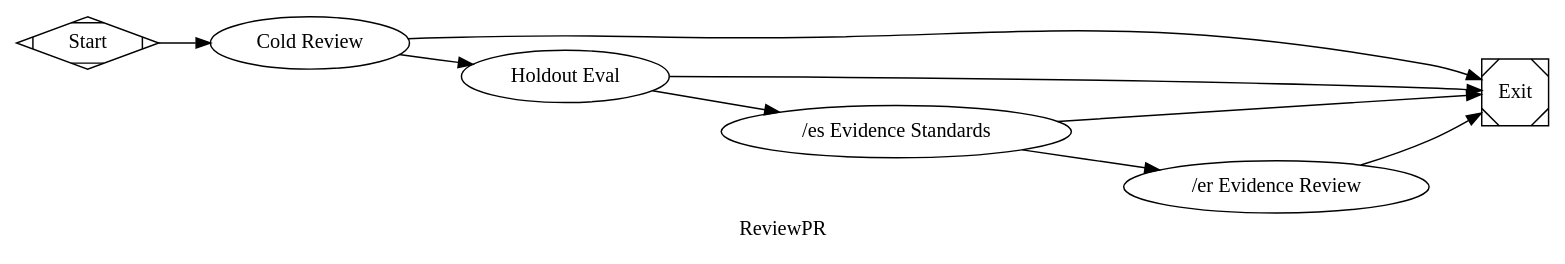
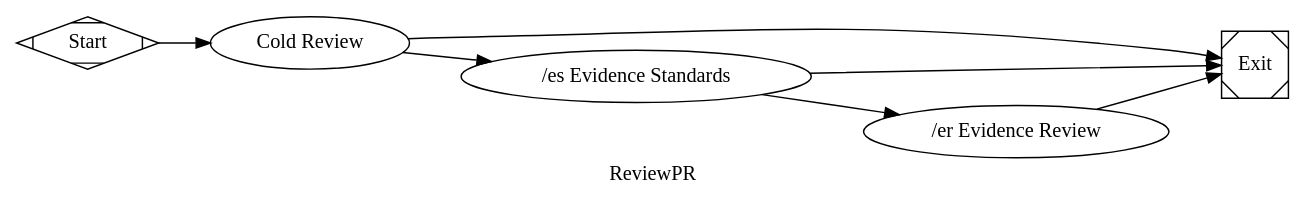
The diagram in pipelines/slim/review_pr.dot (jleechanorg/dark-factory), drawn with Graphviz before and after one commit.

Commit message:
fix(review_pr): remove holdout node — holdouts test feature scenarios not PR diffs

```diff
--- a/pipelines/slim/review_pr.dot
+++ b/pipelines/slim/review_pr.dot
@@ -1,33 +1,29 @@
 digraph ReviewPR {
     graph [
-        goal="PR review: cold review + holdout + evidence gates."
+        goal="PR review: cold review + evidence gates (no holdout — holdouts test feature scenarios not PR diffs)."
         label="ReviewPR"
         rankdir=LR
     ]
 
     start  [shape=Mdiamond, label="Start"]
     exit   [shape=Msquare,  label="Exit"]
 
     review  [
         type="codergen",
         label="Cold Review",
         class="review",
         prompt="@prompts/slim/review.md",
         goal_gate=true
     ]
-    holdout [type="holdout_eval", label="Holdout Eval", feature="hello"]
-    gate_es [type="gate_es",      label="/es Evidence Standards"]
-    gate_er [type="gate_er",      label="/er Evidence Review"]
+    gate_es [type="gate_es",  label="/es Evidence Standards"]
+    gate_er [type="gate_er",  label="/er Evidence Review"]
 
-    start  -> review
-    review -> holdout  [condition="outcome=success"]
-    review -> exit     [condition="outcome!=success"]
+    start   -> review
+    review  -> gate_es  [condition="outcome=success"]
+    review  -> exit     [condition="outcome!=success"]
 
-    holdout -> gate_es [condition="outcome=success"]
-    holdout -> exit    [condition="outcome!=success"]
-
-    gate_es -> gate_er [condition="outcome=success"]
-    gate_es -> exit    [condition="outcome!=success"]
+    gate_es -> gate_er  [condition="outcome=success"]
+    gate_es -> exit     [condition="outcome!=success"]
 
     gate_er -> exit
 }
```
